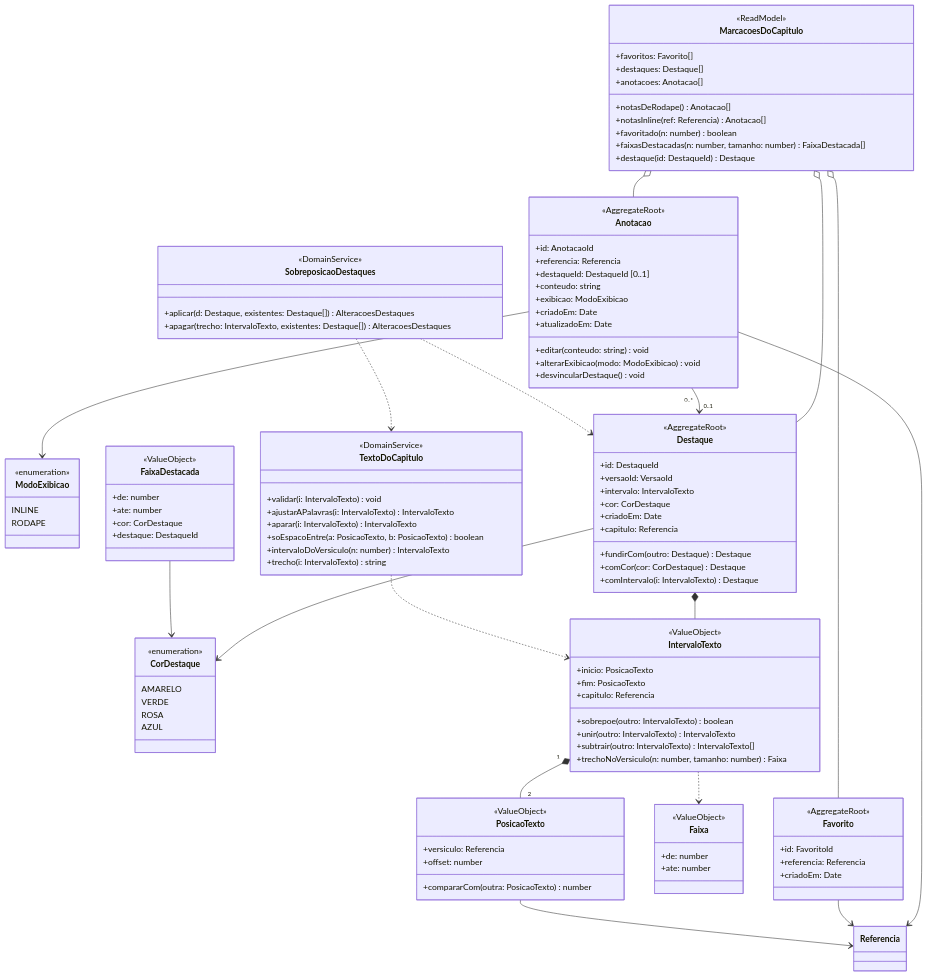
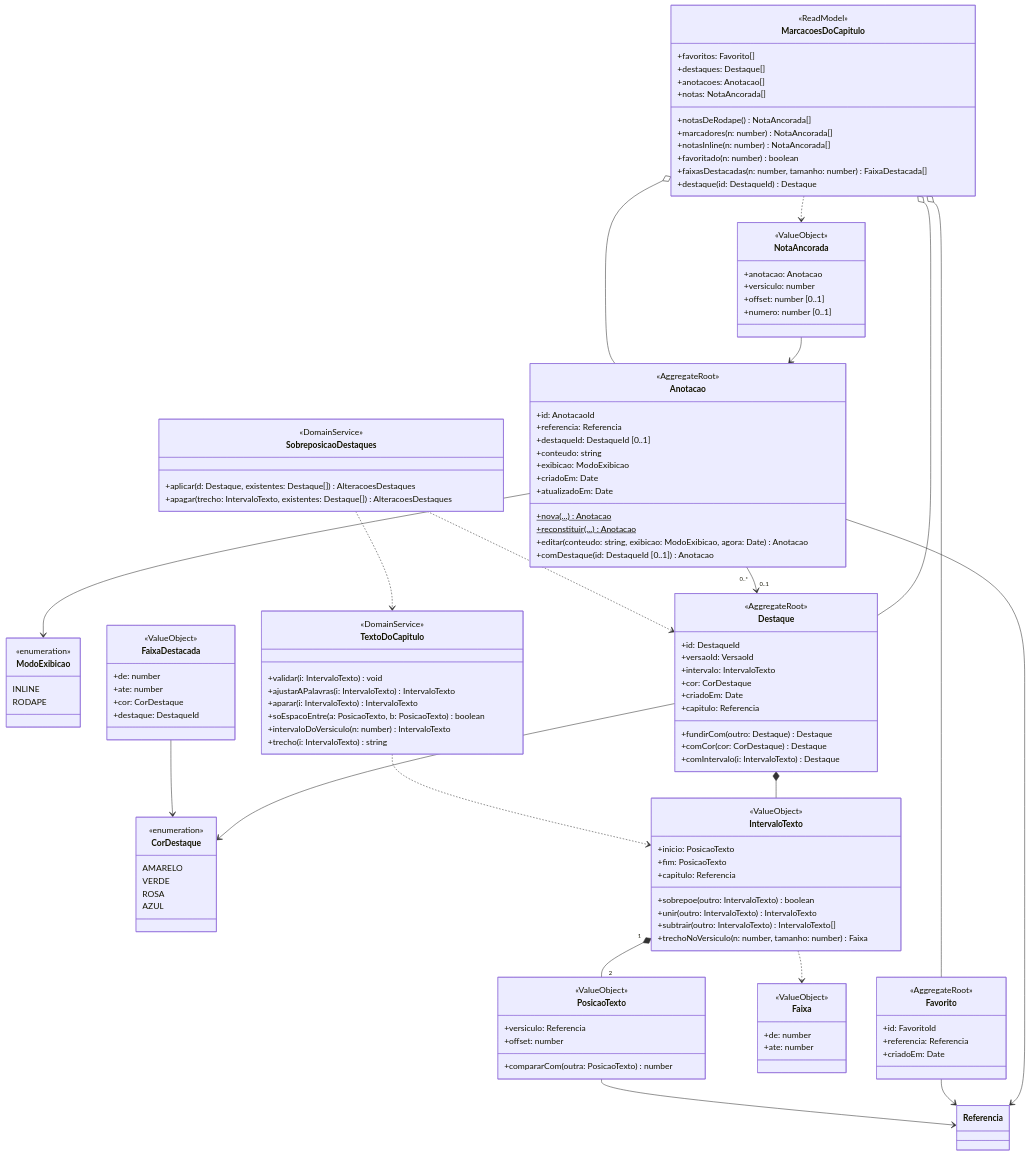
One commit to edioilha/biblia-app changed the third of 7 diagrams in docs/04-modelo-dominio.md. Above: the diagram before and after it, drawn with Mermaid. The commit also changed other lines of this file and 5 other files, not shown here.

````diff
--- a/docs/04-modelo-dominio.md
+++ b/docs/04-modelo-dominio.md
@@ -270,9 +270,18 @@
         +exibicao: ModoExibicao
         +criadoEm: Date
         +atualizadoEm: Date
-        +editar(conteudo: string) void
-        +alterarExibicao(modo: ModoExibicao) void
-        +desvincularDestaque() void
+        +nova(...)$ Anotacao
+        +reconstituir(...)$ Anotacao
+        +editar(conteudo: string, exibicao: ModoExibicao, agora: Date) Anotacao
+        +comDestaque(id: DestaqueId [0..1]) Anotacao
+    }
+
+    class NotaAncorada {
+        <<ValueObject>>
+        +anotacao: Anotacao
+        +versiculo: number
+        +offset: number [0..1]
+        +numero: number [0..1]
     }
 
     class MarcacoesDoCapitulo {
@@ -280,8 +289,10 @@
         +favoritos: Favorito[]
         +destaques: Destaque[]
         +anotacoes: Anotacao[]
-        +notasDeRodape() Anotacao[]
-        +notasInline(ref: Referencia) Anotacao[]
+        +notas: NotaAncorada[]
+        +notasDeRodape() NotaAncorada[]
+        +marcadores(n: number) NotaAncorada[]
+        +notasInline(n: number) NotaAncorada[]
         +favoritado(n: number) boolean
         +faixasDestacadas(n: number, tamanho: number) FaixaDestacada[]
         +destaque(id: DestaqueId) Destaque
@@ -303,4 +314,6 @@
     MarcacoesDoCapitulo o-- Favorito
     MarcacoesDoCapitulo o-- Destaque
     MarcacoesDoCapitulo o-- Anotacao
+    MarcacoesDoCapitulo ..> NotaAncorada
+    NotaAncorada --> Anotacao
 ```
````
